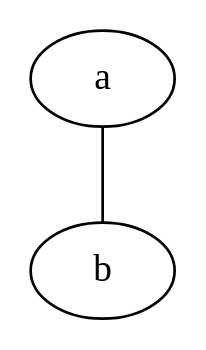
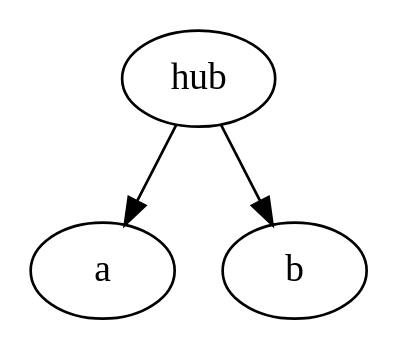
One commit to AshutoshMahala/dot-parser changed the diagram in README.md. Above: the diagram before and after it, drawn with Graphviz. The commit also changed other lines of this file and 17 other files, not shown here.

````diff
--- a/README.md
+++ b/README.md
@@ -14,7 +14,7 @@
 ```dot
-graph {
-    a;
-    b;
-    a -- b;
+strict digraph Routes {
+    hub -> a
+    hub -> b;
+    hub;
 }
 ```
````
